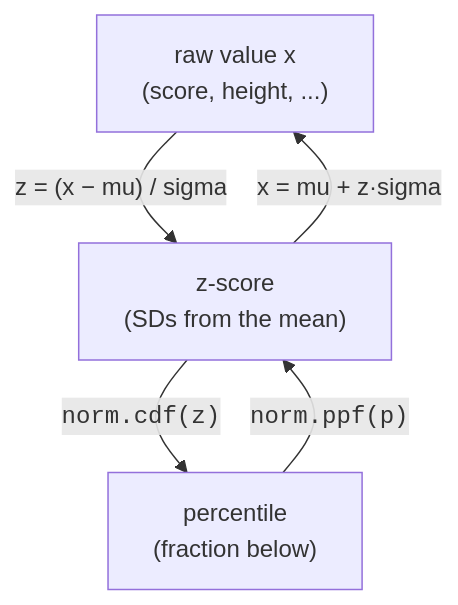
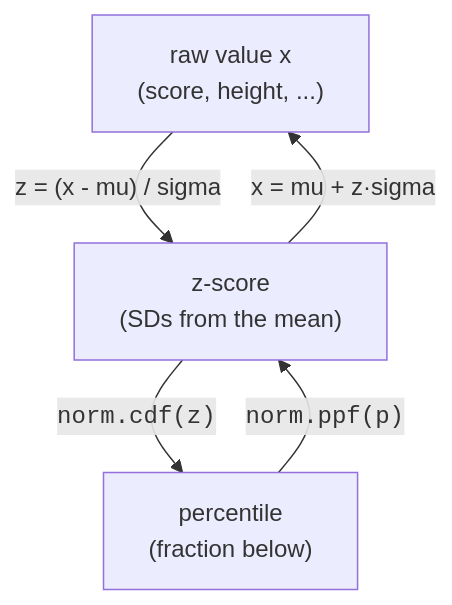
The second of 2 diagrams in content/courses/statistics-for-data-science-python/the-normal-distribution.mdx (dataslope/dataslope), drawn with Mermaid before and after one commit. The commit also changed 3 other files, not shown here.

First line of the commit message:
Normalize special dashes inside mermaid diagram labels

````diff
--- a/content/courses/statistics-for-data-science-python/the-normal-distribution.mdx
+++ b/content/courses/statistics-for-data-science-python/the-normal-distribution.mdx
@@ -268,7 +268,7 @@
 ```mermaid
 flowchart TD
-  A["raw value x<br/>(score, height, ...)"] -->|"z = (x − mu) / sigma"| B["z-score<br/>(SDs from the mean)"]
+  A["raw value x<br/>(score, height, ...)"] -->|"z = (x - mu) / sigma"| B["z-score<br/>(SDs from the mean)"]
   B -->|"<code>norm.cdf(z)</code>"| C["percentile<br/>(fraction below)"]
   C -->|"<code>norm.ppf(p)</code>"| B
   B -->|"x = mu + z·sigma"| A
 ```
````
